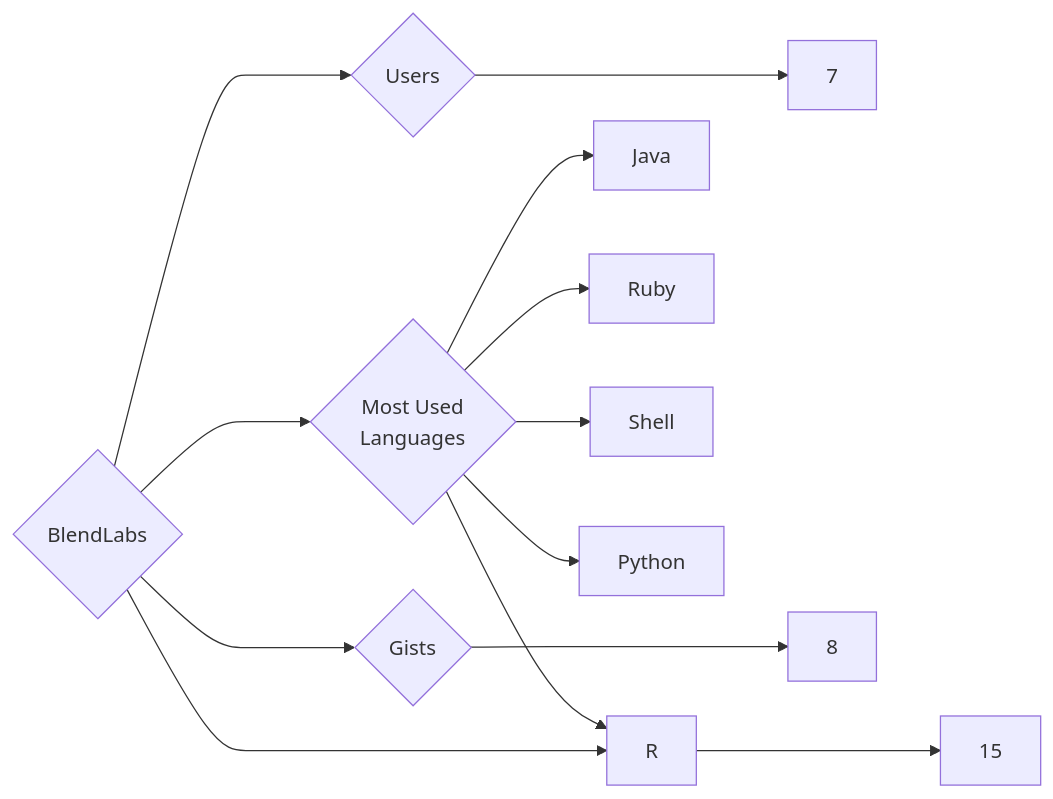
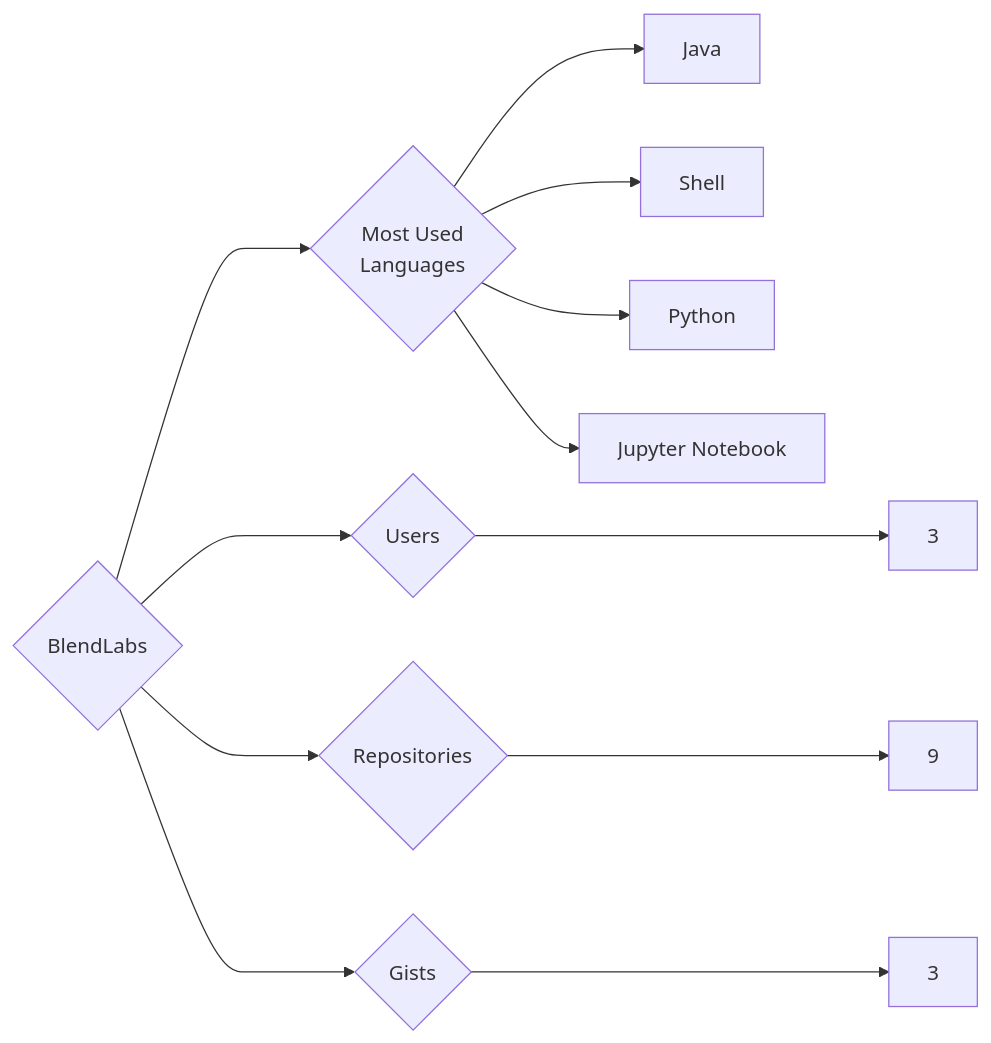
One commit to trickest/insiders changed the diagram in targets/BlendLabs/README.md. Above: the diagram before and after it, drawn with Mermaid. The commit also changed 873 other files, not shown here.

````diff
--- a/targets/BlendLabs/README.md
+++ b/targets/BlendLabs/README.md
@@ -3,13 +3,12 @@
 ```mermaid
 graph LR
 COMPANY_NAME{BlendLabs}
-COMPANY_NAME ---> U{Users} ---> UN[7]
-COMPANY_NAME ---> R{Repositories} ---> RN[15]
-COMPANY_NAME ---> G{Gists} ---> GN[8]
+COMPANY_NAME ---> U{Users} ---> UN[3]
+COMPANY_NAME ---> R{Repositories} ---> RN[9]
+COMPANY_NAME ---> G{Gists} ---> GN[3]
 COMPANY_NAME ---> ML{Most Used<br>Languages}
 ML --> Java[Java]
-ML --> Ruby[Ruby]
 ML --> Shell[Shell]
-ML --> R[R]
 ML --> Python[Python]
+ML --> Jupyter_Notebook[Jupyter Notebook]
 ```
````
